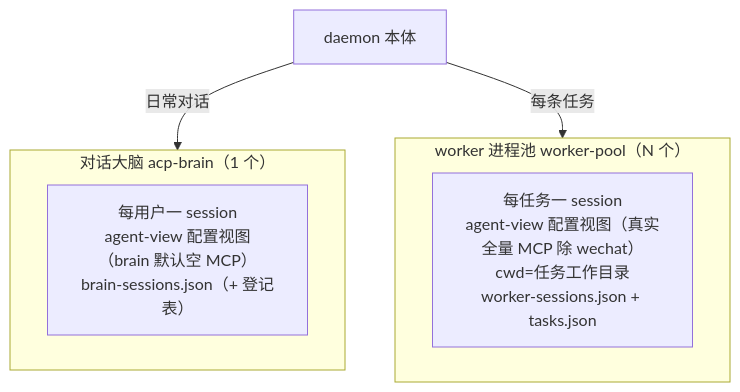
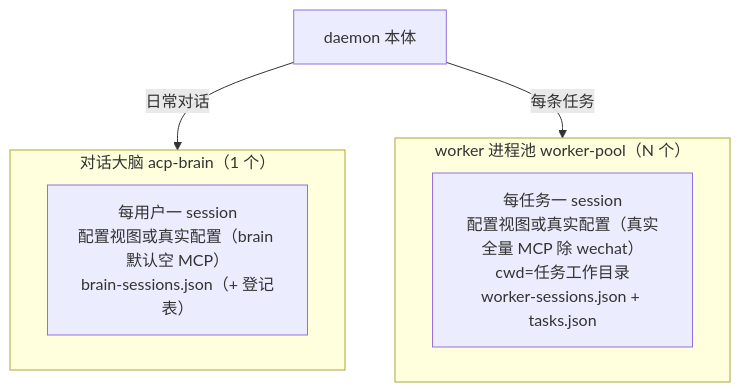
The fifth of 6 diagrams in docs/repowiki/02-系统架构.md (imwangpan/WeMind), drawn with Mermaid before and after one commit. The commit also changed other lines of this file and 62 other files, not shown here.

````diff
--- a/docs/repowiki/02-系统架构.md
+++ b/docs/repowiki/02-系统架构.md
@@ -156,12 +156,12 @@
 ```mermaid
 graph TD
     DAEMON["daemon 本体"]
     subgraph brain["对话大脑 acp-brain（1 个）"]
-        B["每用户一 session<br/>agent-view 配置视图（brain 默认空 MCP）<br/>brain-sessions.json（+ 登记表）"]
+        B["每用户一 session<br/>配置视图或真实配置（brain 默认空 MCP）<br/>brain-sessions.json（+ 登记表）"]
     end
     subgraph wk["worker 进程池 worker-pool（N 个）"]
-        W["每任务一 session<br/>agent-view 配置视图（真实全量 MCP 除 wechat）<br/>cwd=任务工作目录<br/>worker-sessions.json + tasks.json"]
+        W["每任务一 session<br/>配置视图或真实配置（真实全量 MCP 除 wechat）<br/>cwd=任务工作目录<br/>worker-sessions.json + tasks.json"]
     end
     DAEMON -->|日常对话| brain
     DAEMON -->|每条任务| wk
 ```
````
